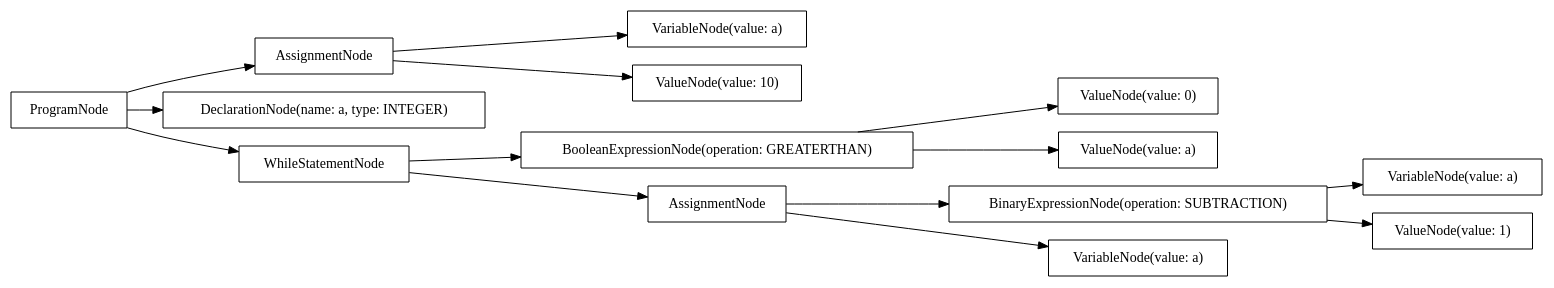
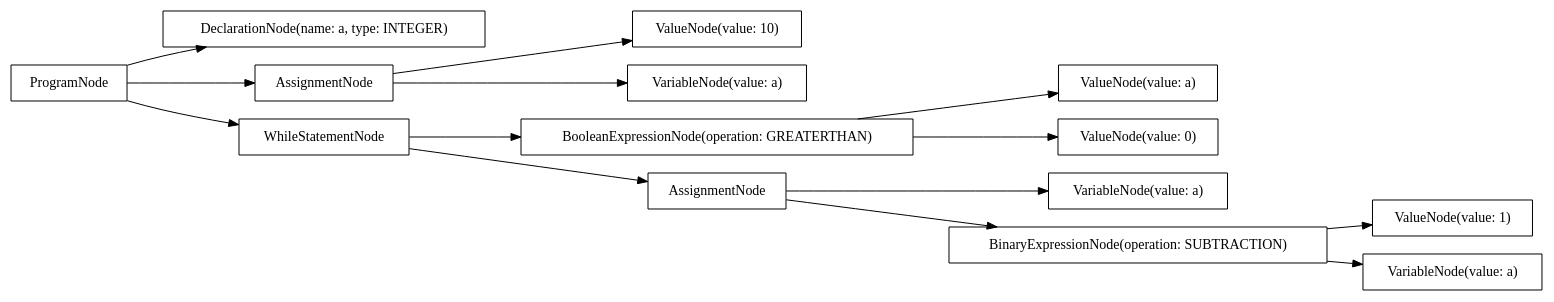
The diagram in src/output/dot/example-while.dot (AtLeastITry/ANTLR-Python-Compiler), drawn with Graphviz before and after one commit. The commit also changed 16 other files, not shown here.

```diff
--- a/src/output/dot/example-while.dot
+++ b/src/output/dot/example-while.dot
@@ -1,30 +1,30 @@
 digraph G {
 rankdir=LR
-"57e66a49-1eee-44cb-81ba-4dcb91eb2c92" [label="BinaryExpressionNode(operation: SUBTRACTION)" shape="box"];
-"e89cf37a-499b-4aad-8077-1ca350932b32" [label="VariableNode(value: a)" shape="box"];
-"0c71a55f-2f9c-4be1-b561-3d840b95a0e4" [label="VariableNode(value: a)" shape="box"];
-"b7f76e72-09c5-4036-a39e-848e4878a1d6" [label="ValueNode(value: 10)" shape="box"];
-"cf1a8d12-24a5-46a6-8240-9c0ac3933fdb" [label="ValueNode(value: 0)" shape="box"];
-"a699a83f-c086-4cc9-9f81-962b83637bcd" [label="AssignmentNode" shape="box"];
-"83ab1454-b914-4bcc-9dad-63cab635ad5a" [label="VariableNode(value: a)" shape="box"];
-"6fe3cc9e-1f8f-4065-813a-952b10eaa7bd" [label="BooleanExpressionNode(operation: GREATERTHAN)" shape="box"];
-"e191651e-60d4-4f5f-84a4-b89e9580a4cf" [label="ValueNode(value: a)" shape="box"];
-"5779ea5d-75c5-4617-8ce5-636b39c2c4ae" [label="ProgramNode" shape="box"];
-"23bd5ff2-eed0-4c9e-8567-16ac5a62663c" [label="DeclarationNode(name: a, type: INTEGER)" shape="box"];
-"0028f09a-db9f-41df-a5ed-209ee054a6ed" [label="ValueNode(value: 1)" shape="box"];
-"258ff1a5-422d-4bd4-ac79-08ab61db3981" [label="AssignmentNode" shape="box"];
-"d8238105-edbe-4f57-bff2-d6d8c5db2c23" [label="WhileStatementNode" shape="box"];
-"5779ea5d-75c5-4617-8ce5-636b39c2c4ae" -> "23bd5ff2-eed0-4c9e-8567-16ac5a62663c";
-"5779ea5d-75c5-4617-8ce5-636b39c2c4ae" -> "a699a83f-c086-4cc9-9f81-962b83637bcd";
-"a699a83f-c086-4cc9-9f81-962b83637bcd" -> "e89cf37a-499b-4aad-8077-1ca350932b32";
-"a699a83f-c086-4cc9-9f81-962b83637bcd" -> "b7f76e72-09c5-4036-a39e-848e4878a1d6";
-"5779ea5d-75c5-4617-8ce5-636b39c2c4ae" -> "d8238105-edbe-4f57-bff2-d6d8c5db2c23";
-"d8238105-edbe-4f57-bff2-d6d8c5db2c23" -> "6fe3cc9e-1f8f-4065-813a-952b10eaa7bd";
-"6fe3cc9e-1f8f-4065-813a-952b10eaa7bd" -> "e191651e-60d4-4f5f-84a4-b89e9580a4cf";
-"6fe3cc9e-1f8f-4065-813a-952b10eaa7bd" -> "cf1a8d12-24a5-46a6-8240-9c0ac3933fdb";
-"d8238105-edbe-4f57-bff2-d6d8c5db2c23" -> "258ff1a5-422d-4bd4-ac79-08ab61db3981";
-"258ff1a5-422d-4bd4-ac79-08ab61db3981" -> "83ab1454-b914-4bcc-9dad-63cab635ad5a";
-"258ff1a5-422d-4bd4-ac79-08ab61db3981" -> "57e66a49-1eee-44cb-81ba-4dcb91eb2c92";
-"57e66a49-1eee-44cb-81ba-4dcb91eb2c92" -> "0c71a55f-2f9c-4be1-b561-3d840b95a0e4";
-"57e66a49-1eee-44cb-81ba-4dcb91eb2c92" -> "0028f09a-db9f-41df-a5ed-209ee054a6ed";
+"deda978a-e2b1-4f68-a858-cb941ada3b9f" [label="ValueNode(value: a)" shape="box"];
+"c0256c26-86c1-439f-a8a8-a03b8f13639c" [label="BooleanExpressionNode(operation: GREATERTHAN)" shape="box"];
+"c9131e06-518f-47be-ac2d-5d7a3bd90048" [label="DeclarationNode(name: a, type: INTEGER)" shape="box"];
+"8bd992ac-73c3-4830-b9f0-f599caee3be2" [label="VariableNode(value: a)" shape="box"];
+"844c0a2c-418b-4f1a-9b9c-a701b10f86a7" [label="ValueNode(value: 0)" shape="box"];
+"9e5995d0-45c6-4099-bd2a-cf9ab7b19391" [label="BinaryExpressionNode(operation: SUBTRACTION)" shape="box"];
+"880f1abe-4e32-412b-9004-b9237002761e" [label="AssignmentNode" shape="box"];
+"474f8c9d-fa60-4102-8172-4eec5c0bbb90" [label="ValueNode(value: 10)" shape="box"];
+"3cb251e8-384f-44ec-8de3-36766ae4fb5f" [label="ProgramNode" shape="box"];
+"1a41a0b6-b160-4325-870a-a9ee29b5bc1a" [label="AssignmentNode" shape="box"];
+"e501da03-2d4f-48f9-99e7-9ea8db29fe88" [label="VariableNode(value: a)" shape="box"];
+"5c49c42d-9053-4595-b5fa-37b6d14378b6" [label="ValueNode(value: 1)" shape="box"];
+"87b87ea6-7275-4de9-a081-d5bc8f556b76" [label="WhileStatementNode" shape="box"];
+"64b508b2-da96-4ce3-be03-054aafb79cf2" [label="VariableNode(value: a)" shape="box"];
+"3cb251e8-384f-44ec-8de3-36766ae4fb5f" -> "c9131e06-518f-47be-ac2d-5d7a3bd90048";
+"3cb251e8-384f-44ec-8de3-36766ae4fb5f" -> "880f1abe-4e32-412b-9004-b9237002761e";
+"880f1abe-4e32-412b-9004-b9237002761e" -> "e501da03-2d4f-48f9-99e7-9ea8db29fe88";
+"880f1abe-4e32-412b-9004-b9237002761e" -> "474f8c9d-fa60-4102-8172-4eec5c0bbb90";
+"3cb251e8-384f-44ec-8de3-36766ae4fb5f" -> "87b87ea6-7275-4de9-a081-d5bc8f556b76";
+"87b87ea6-7275-4de9-a081-d5bc8f556b76" -> "c0256c26-86c1-439f-a8a8-a03b8f13639c";
+"c0256c26-86c1-439f-a8a8-a03b8f13639c" -> "deda978a-e2b1-4f68-a858-cb941ada3b9f";
+"c0256c26-86c1-439f-a8a8-a03b8f13639c" -> "844c0a2c-418b-4f1a-9b9c-a701b10f86a7";
+"87b87ea6-7275-4de9-a081-d5bc8f556b76" -> "1a41a0b6-b160-4325-870a-a9ee29b5bc1a";
+"1a41a0b6-b160-4325-870a-a9ee29b5bc1a" -> "8bd992ac-73c3-4830-b9f0-f599caee3be2";
+"1a41a0b6-b160-4325-870a-a9ee29b5bc1a" -> "9e5995d0-45c6-4099-bd2a-cf9ab7b19391";
+"9e5995d0-45c6-4099-bd2a-cf9ab7b19391" -> "64b508b2-da96-4ce3-be03-054aafb79cf2";
+"9e5995d0-45c6-4099-bd2a-cf9ab7b19391" -> "5c49c42d-9053-4595-b5fa-37b6d14378b6";
 }
```
